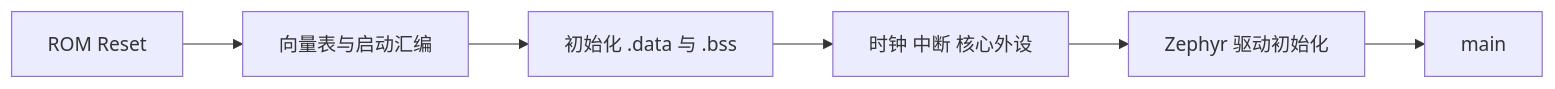
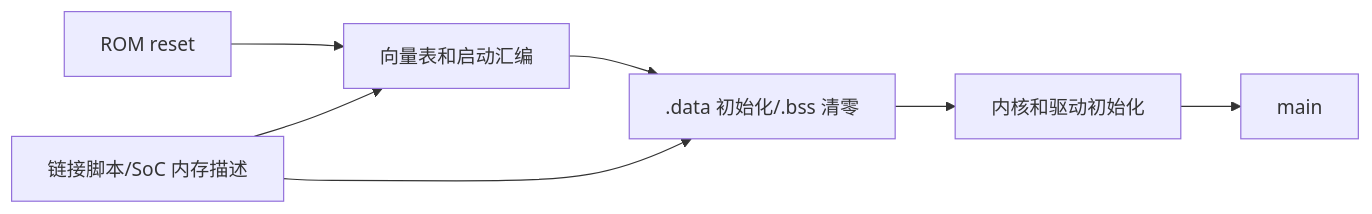
One commit to cdragon-ljl/EEandEdgeAI changed the second of 2 diagrams in docs/articles/zephyr/zephyr-23-board-porting-part1-bsp.md. Above: the diagram before and after it, drawn with Mermaid. The commit also changed other lines of this file and 35 other files, not shown here.

````diff
--- a/docs/articles/zephyr/zephyr-23-board-porting-part1-bsp.md
+++ b/docs/articles/zephyr/zephyr-23-board-porting-part1-bsp.md
@@ -48,8 +35,9 @@
 ```mermaid
 flowchart LR
-    A[ROM Reset] --> B[向量表与启动汇编]
-    B --> C[初始化 .data 与 .bss]
-    C --> D[时钟 中断 核心外设]
-    D --> E[Zephyr 驱动初始化]
-    E --> F[main]
+    R[ROM reset] --> V[向量表和启动汇编]
+    V --> M[.data 初始化/.bss 清零]
+    M --> K[内核和驱动初始化]
+    K --> A[main]
+    L[链接脚本/SoC 内存描述] --> V
+    L --> M
 ```
````
